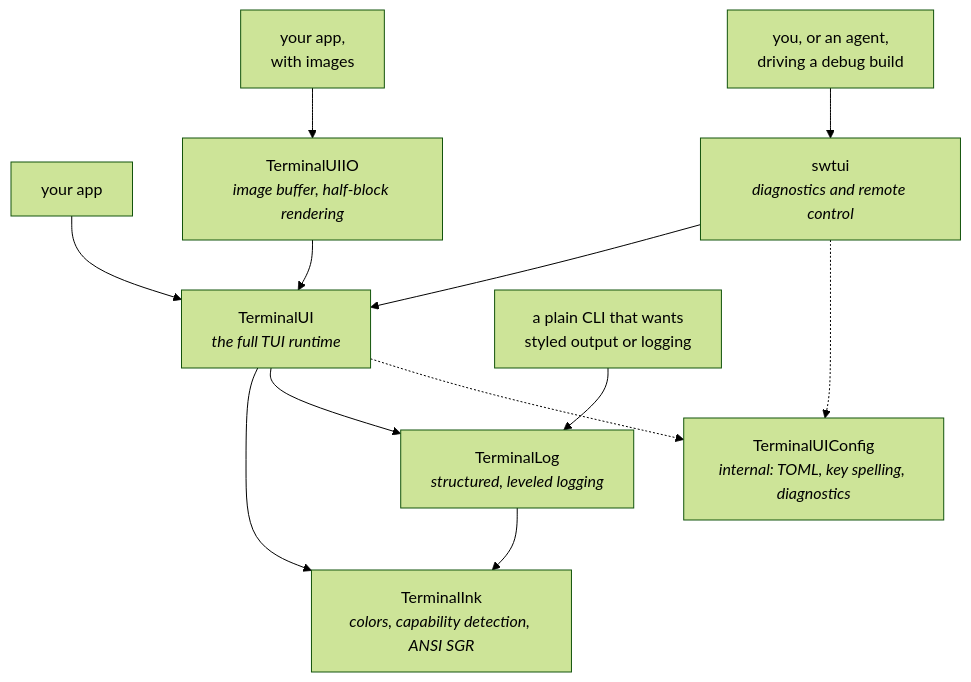
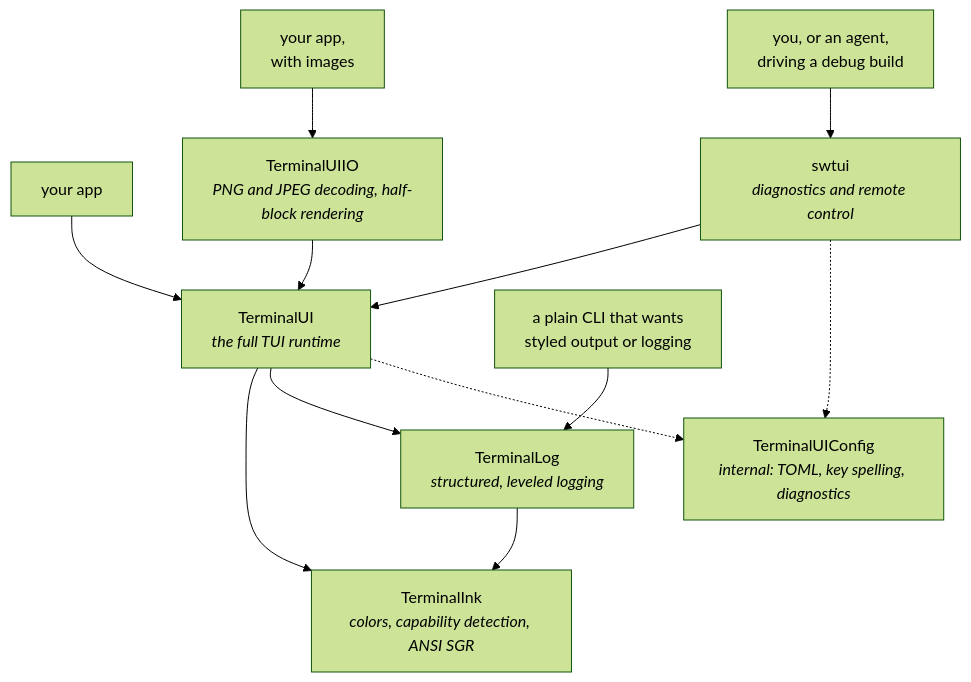
The diagram in README.md (dardevelin/terminal-ui), drawn with Mermaid (forest theme) before and after one commit. The commit also changed other lines of this file and 128 other files, not shown here.

First line of the commit message:
TerminalUIIO decodes PNG and JPEG in pure Swift

````diff
--- a/README.md
+++ b/README.md
@@ -358,16 +358,16 @@
 ```mermaid
 graph TD
     App["your app"] --> TUI
     ImgApp["your app,<br/>with images"] --> IO
     CLI["a plain CLI that wants<br/>styled output or logging"] --> Log
     Dev["you, or an agent,<br/>driving a debug build"] --> SW
 
-    IO["TerminalUIIO<br/><i>image buffer, half-block rendering</i>"] --> TUI
+    IO["TerminalUIIO<br/><i>PNG and JPEG decoding, half-block rendering</i>"] --> TUI
     SW["swtui<br/><i>diagnostics and remote control</i>"] --> TUI
     TUI["TerminalUI<br/><i>the full TUI runtime</i>"] --> Ink
     TUI --> Log
     TUI -.-> Config["TerminalUIConfig<br/><i>internal: TOML, key spelling, diagnostics</i>"]
     SW -.-> Config
     Log["TerminalLog<br/><i>structured, leveled logging</i>"] --> Ink
     Ink["TerminalInk<br/><i>colors, capability detection, ANSI SGR</i>"]
 ```
````
